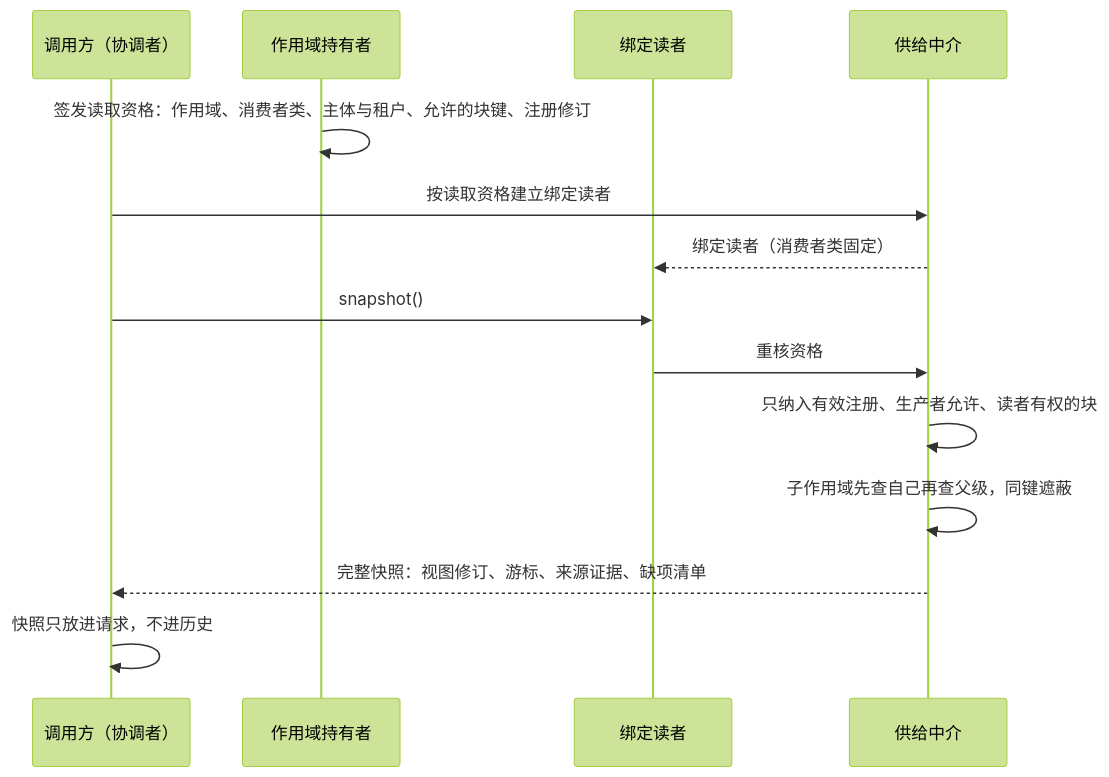
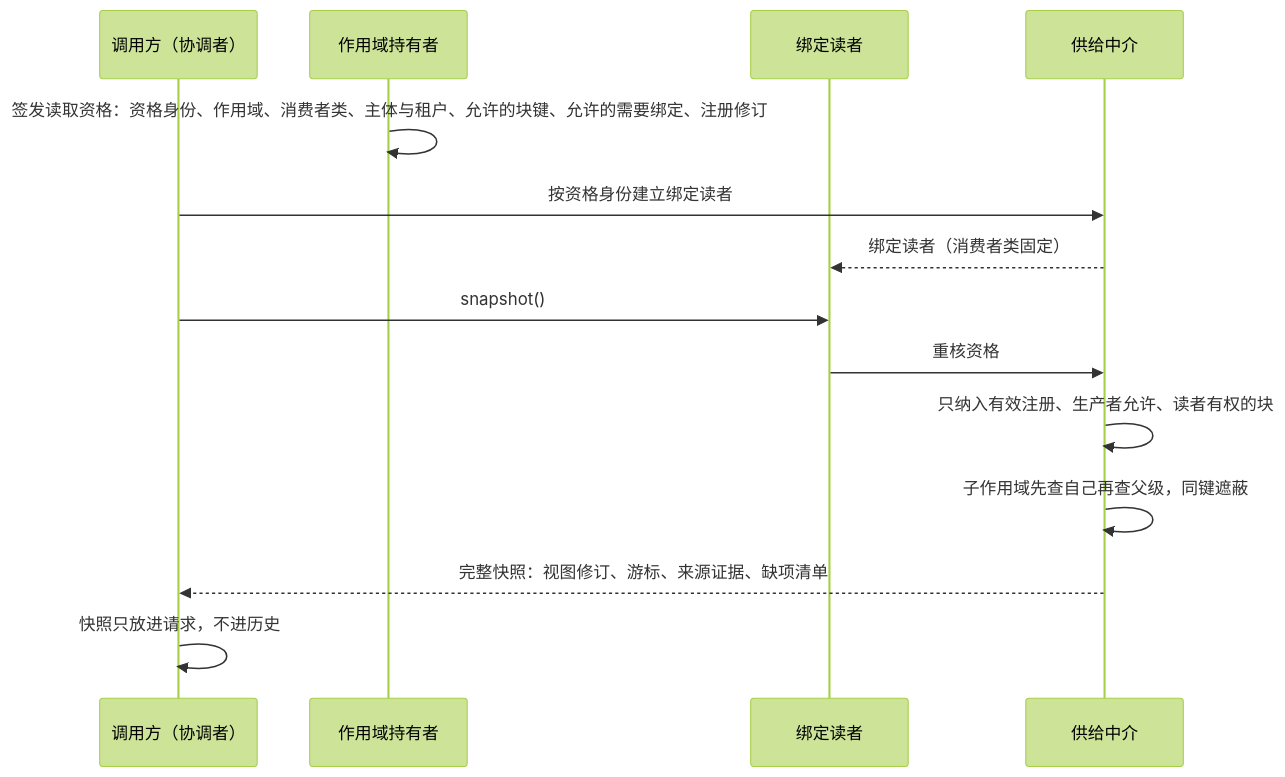
The third of 8 diagrams in packages/context/runtime-context-contract/docs/flows.md (nemori-ai/omne-harness-lite), drawn with Mermaid (forest theme) before and after one commit. The commit also changed other lines of this file and 43 other files, not shown here.

````diff
--- a/packages/context/runtime-context-contract/docs/flows.md
+++ b/packages/context/runtime-context-contract/docs/flows.md
@@ -74,16 +79,16 @@
 ```mermaid
 sequenceDiagram
   participant C as 调用方（协调者）
   participant H as 作用域持有者
   participant R as 绑定读者
   participant M as 供给中介
-  H->>H: 签发读取资格：作用域、消费者类、主体与租户、允许的块键、注册修订
-  C->>M: 按读取资格建立绑定读者
+  H->>H: 签发读取资格：资格身份、作用域、消费者类、主体与租户、允许的块键、允许的需要绑定、注册修订
+  C->>M: 按资格身份建立绑定读者
   M-->>R: 绑定读者（消费者类固定）
   C->>R: snapshot()
   R->>M: 重核资格
   M->>M: 只纳入有效注册、生产者允许、读者有权的块
   M->>M: 子作用域先查自己再查父级，同键遮蔽
   M-->>C: 完整快照：视图修订、游标、来源证据、缺项清单
   C->>C: 快照只放进请求，不进历史
 ```
````
